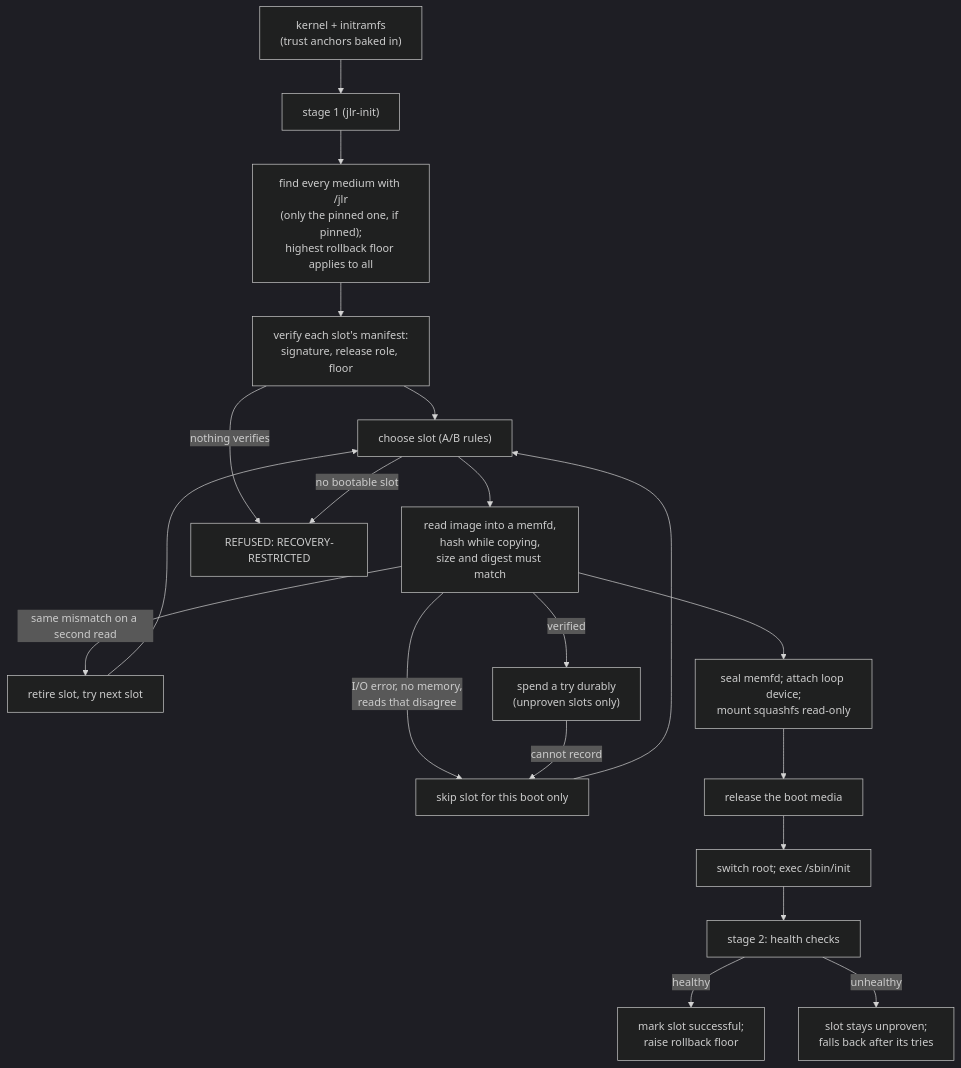
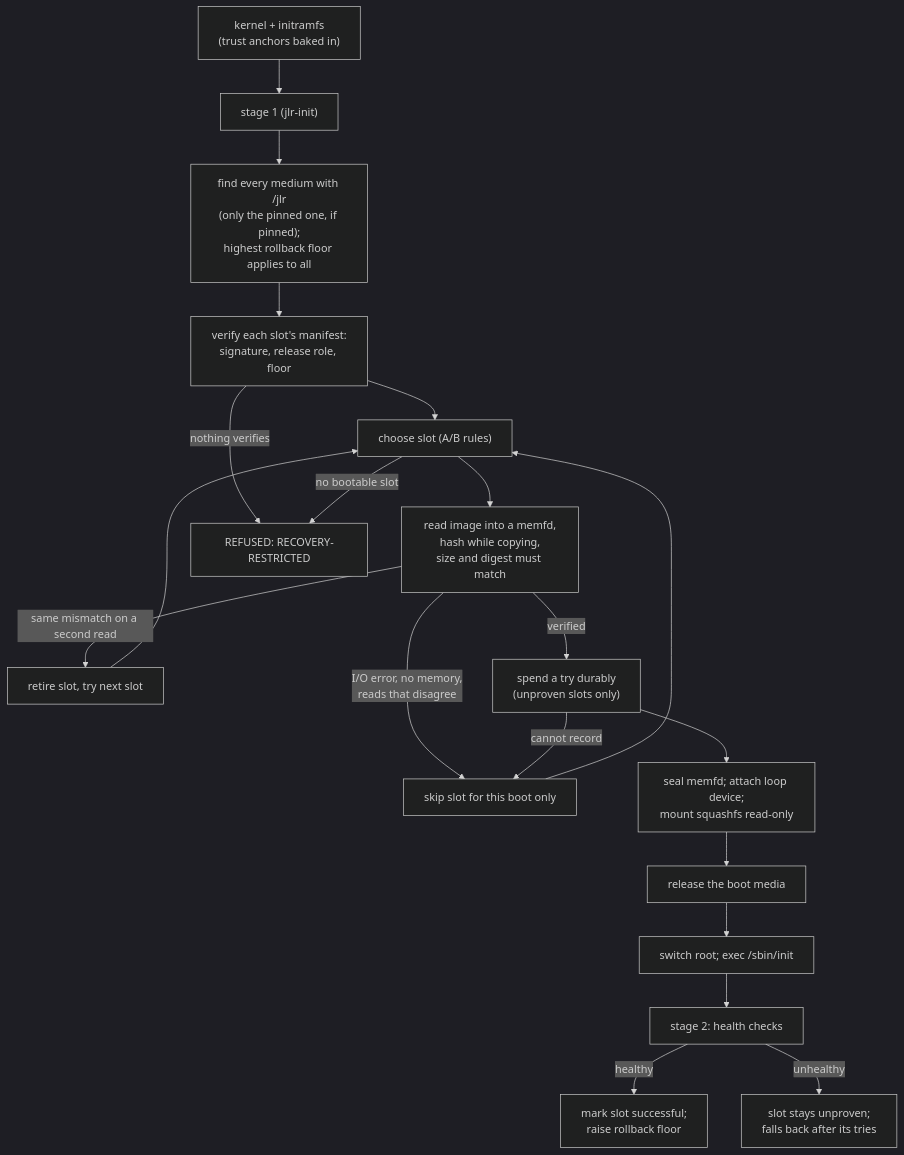
The diagram in docs/BOOT_INSTALLATION.md (chasebryan/JLR), drawn with Mermaid (dark theme) before and after one commit. The commit also changed other lines of this file and 25 other files, not shown here.

````diff
--- a/docs/BOOT_INSTALLATION.md
+++ b/docs/BOOT_INSTALLATION.md
@@ -16,22 +16,22 @@
 ```mermaid
 flowchart TB
     A["kernel + initramfs<br/>(trust anchors baked in)"] --> B["stage 1 (jlr-init)"]
     B --> C["find every medium with /jlr<br/>(only the pinned one, if pinned);<br/>highest rollback floor applies to all"]
     C --> D["verify each slot's manifest:<br/>signature, release role, floor"]
     D --> E["choose slot (A/B rules)"]
     E --> F["read image into a memfd,<br/>hash while copying,<br/>size and digest must match"]
     F -->|"same mismatch on a second read"| G["retire slot, try next slot"]
     F -->|"I/O error, no memory,<br/>reads that disagree"| G2["skip slot for this boot only"]
     G --> E
     G2 --> E
     F -->|verified| S["spend a try durably<br/>(unproven slots only)"]
     S -->|cannot record| G2
-    F --> H["seal memfd; attach loop device;<br/>mount squashfs read-only"]
+    S --> H["seal memfd; attach loop device;<br/>mount squashfs read-only"]
     H --> I["release the boot media"]
     I --> J["switch root; exec /sbin/init"]
     J --> K["stage 2: health checks"]
     K -->|healthy| L["mark slot successful;<br/>raise rollback floor"]
     K -->|unhealthy| M["slot stays unproven;<br/>falls back after its tries"]
     D -->|nothing verifies| R["REFUSED: RECOVERY-RESTRICTED"]
     E -->|no bootable slot| R
 ```
````
